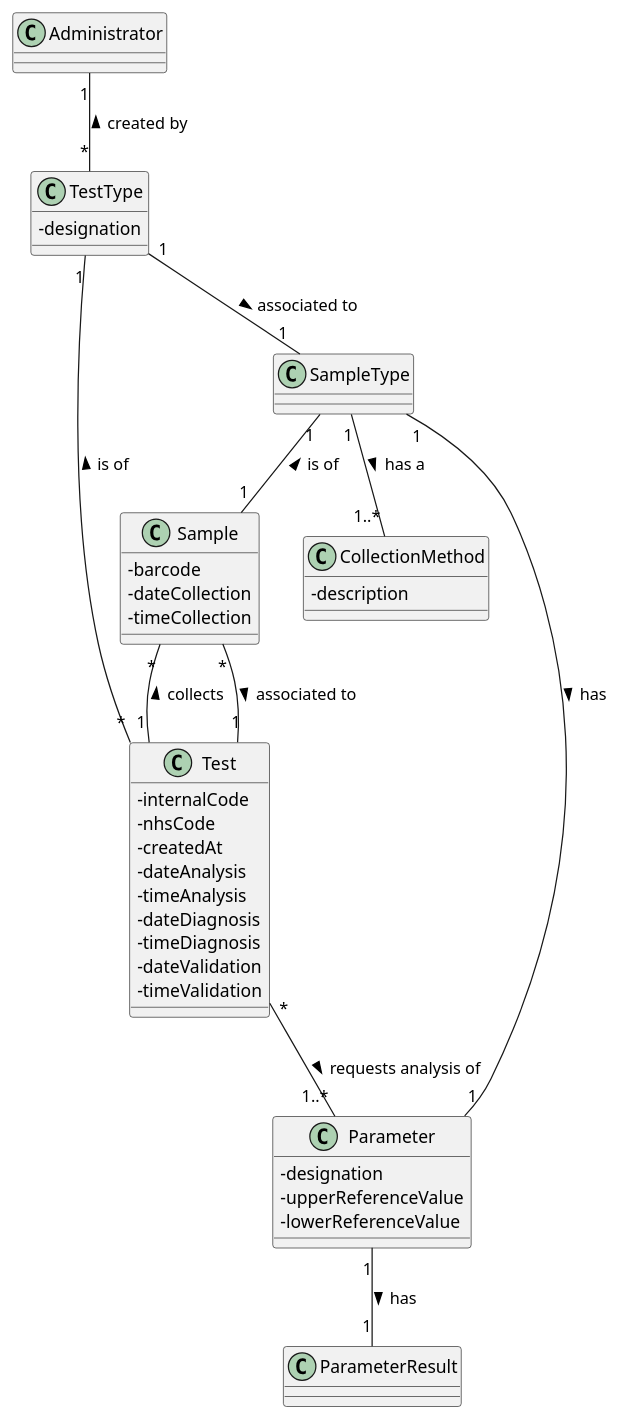
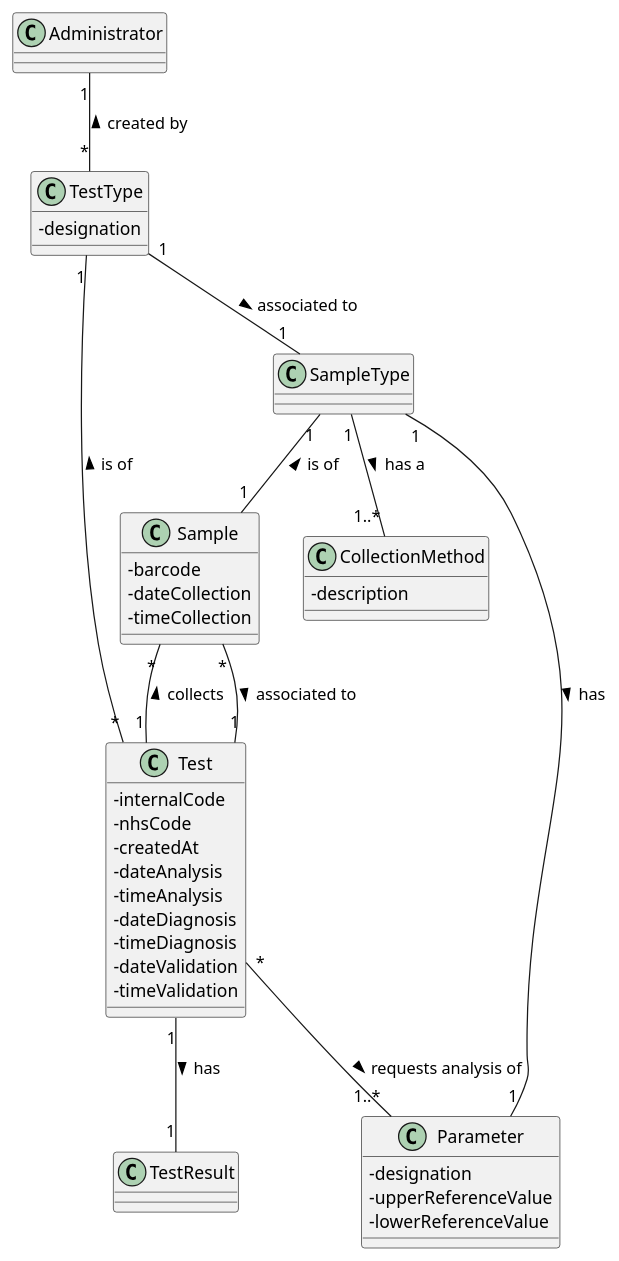
One commit to MadDinosaur/ISEP-LAPR2 changed the diagram in docs/SprintB/US9/US9_DM.puml. Above: the diagram before and after it, drawn with PlantUML. The commit also changed 1 other file, not shown here.

```diff
--- a/docs/SprintB/US9/US9_DM.puml
+++ b/docs/SprintB/US9/US9_DM.puml
@@ -1,46 +1,46 @@
 @startuml
 skinparam classAttributeIconSize 0
 
 class Administrator
 class CollectionMethod {
 -description
 }
 
 class Test {
 -internalCode
 -nhsCode
 -createdAt
 -dateAnalysis
 -timeAnalysis
 -dateDiagnosis
 -timeDiagnosis
 -dateValidation
 -timeValidation
 }
-class ParameterResult
+class TestResult
 class TestType {
 -designation
 }
 class Sample {
 -barcode
 -dateCollection
 -timeCollection
 }
 class SampleType
 class Parameter {
 -designation
 -upperReferenceValue
 -lowerReferenceValue
 }
 
 Sample "*"--"1" Test : associated to >
 SampleType "1"--"1" Sample  : is of <
 Test "*"-down-"1..*" Parameter : requests analysis of >
 Test "*"-down-"1" TestType : is of >
 Test "1"-down-"*" Sample : collects >
 TestType "*"-up-"1" Administrator : created by >
 SampleType "1"--"1..*" CollectionMethod : has a >
 SampleType "1"-up-"1" TestType  : associated to <
 SampleType "1"-down-"1" Parameter : has >
-Parameter "1"-down-"1" ParameterResult : has >
+Test "1"-down-"1" TestResult : has >
 @enduml
```
